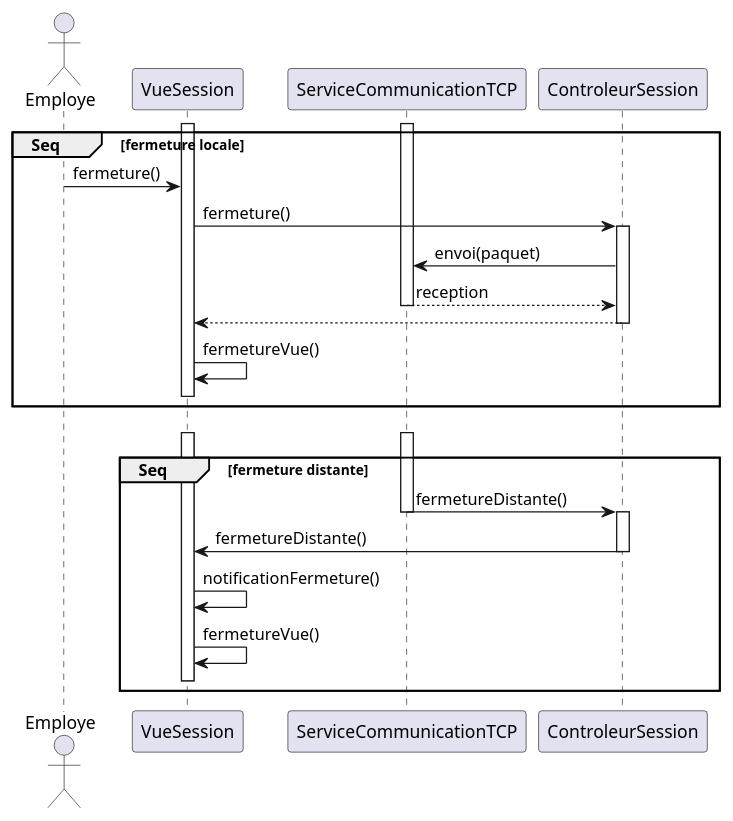
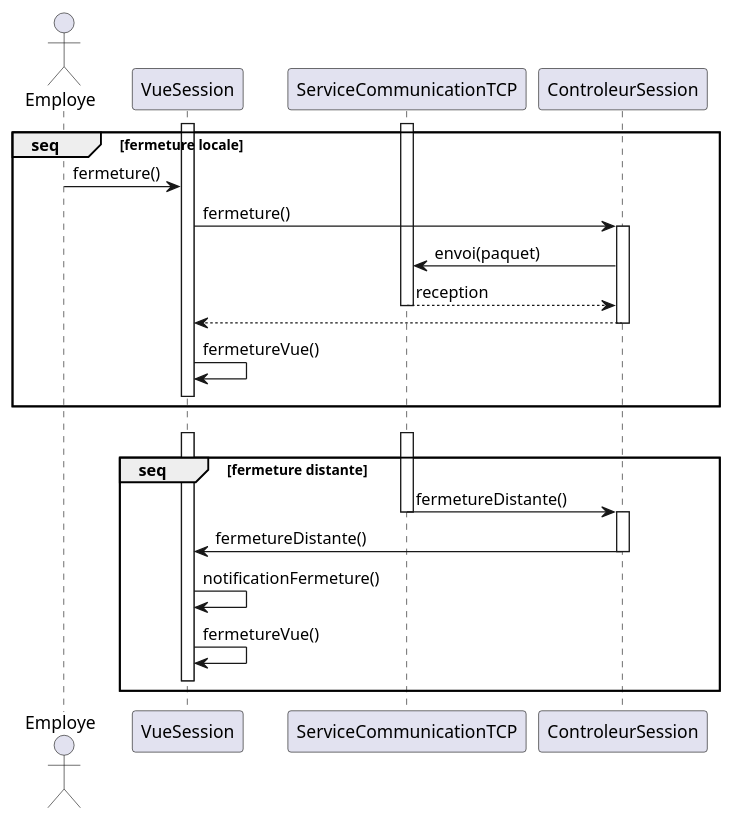
One commit to arc-hugo/clavardage_uml changed the diagram in sequence/fermeture_session.wsd. Above: the diagram before and after it, drawn with PlantUML. The commit also changed 9 other files, not shown here.

```diff
--- a/sequence/fermeture_session.wsd
+++ b/sequence/fermeture_session.wsd
@@ -1,32 +1,32 @@
 @startuml fermeture_session
 actor Employe
 activate VueSession
 activate ServiceCommunicationTCP
-group Seq [fermeture locale]
+group seq [fermeture locale]
     Employe -> VueSession : fermeture()
     VueSession -> ControleurSession : fermeture()
     activate ControleurSession
     ControleurSession ->  ServiceCommunicationTCP : envoi(paquet)
     ServiceCommunicationTCP --> ControleurSession : reception
     deactivate ServiceCommunicationTCP
     ControleurSession --> VueSession
     deactivate ControleurSession
     VueSession -> VueSession : fermetureVue()
     VueSession [hidden]-> ServiceCommunicationTCP
     deactivate VueSession
 end
 VueSession [hidden]-> VueSession
 activate ServiceCommunicationTCP
 activate VueSession
-group Seq [fermeture distante]
+group seq [fermeture distante]
     ServiceCommunicationTCP -> ControleurSession : fermetureDistante()
     deactivate ServiceCommunicationTCP
     activate ControleurSession
     ControleurSession -> VueSession : fermetureDistante()
     deactivate ControleurSession
     VueSession -> VueSession : notificationFermeture()
     VueSession -> VueSession : fermetureVue()
     VueSession [hidden]-> ServiceCommunicationTCP
     deactivate VueSession
 end
 @enduml
```
